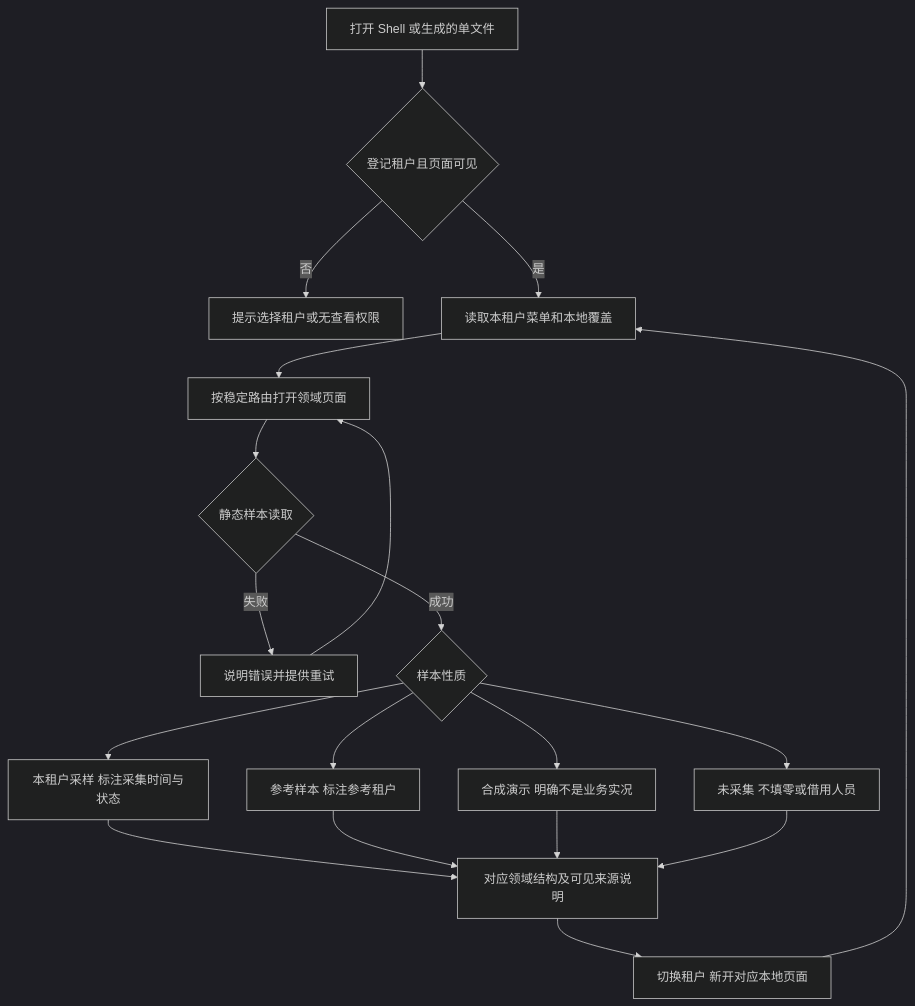
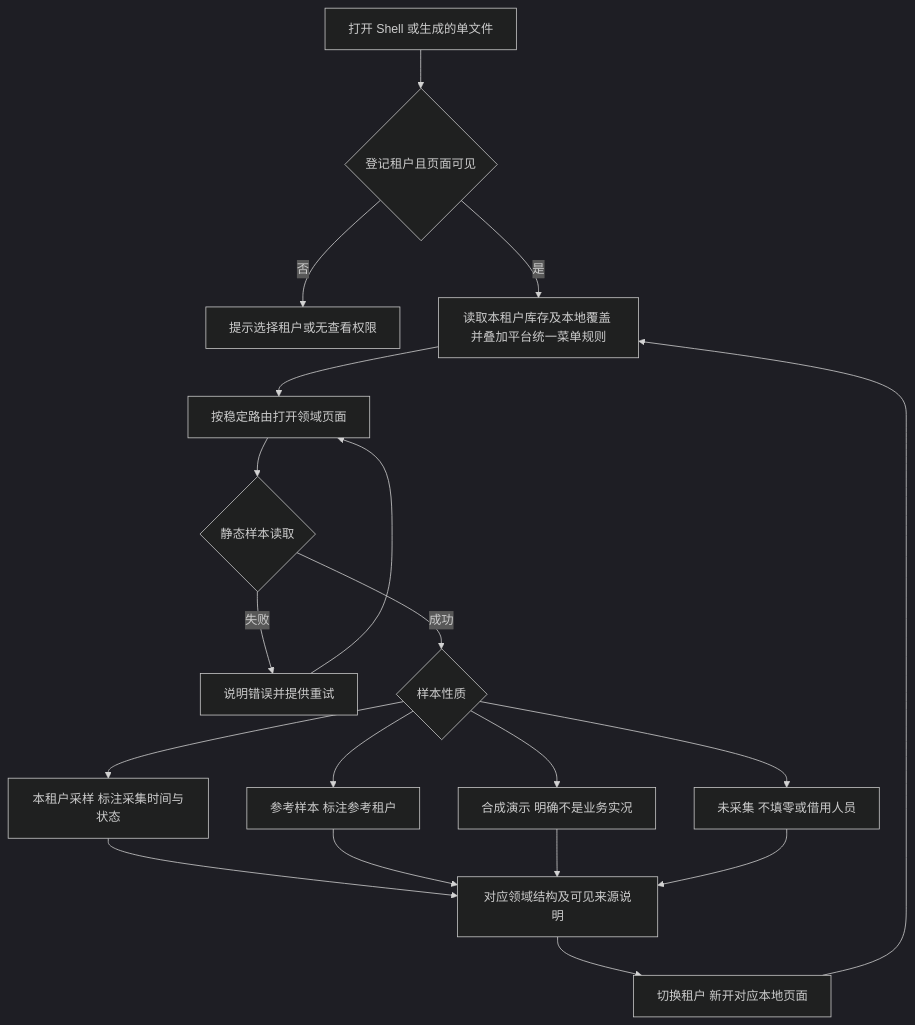
Before and after one commit to xfang9528-glitch/suiyin-admin: the first of 9 diagrams in flowcharts/admin-live-reference.md, drawn with Mermaid (dark theme). The commit also changed other lines of this file and 35 other files, not shown here.

````diff
--- a/flowcharts/admin-live-reference.md
+++ b/flowcharts/admin-live-reference.md
@@ -7,21 +7,21 @@
 ```mermaid
 flowchart TD
     Start[打开 Shell 或生成的单文件] --> Tenant{登记租户且页面可见}
     Tenant -->|否| Denied[提示选择租户或无查看权限]
-    Tenant -->|是| Config[读取本租户菜单和本地覆盖]
+    Tenant -->|是| Config[读取本租户库存及本地覆盖 并叠加平台统一菜单规则]
     Config --> Route[按稳定路由打开领域页面]
     Route --> Load{静态样本读取}
     Load -->|失败| Retry[说明错误并提供重试]
     Retry --> Route
     Load -->|成功| Source{样本性质}
     Source --> Captured[本租户采样 标注采集时间与状态]
     Source --> Reference[参考样本 标注参考租户]
     Source --> Mock[合成演示 明确不是业务实况]
     Source --> Missing[未采集 不填零或借用人员]
     Captured --> Page[对应领域结构及可见来源说明]
     Reference --> Page
     Mock --> Page
     Missing --> Page
     Page --> Switch[切换租户 新开对应本地页面]
     Switch --> Config
 ```
````
